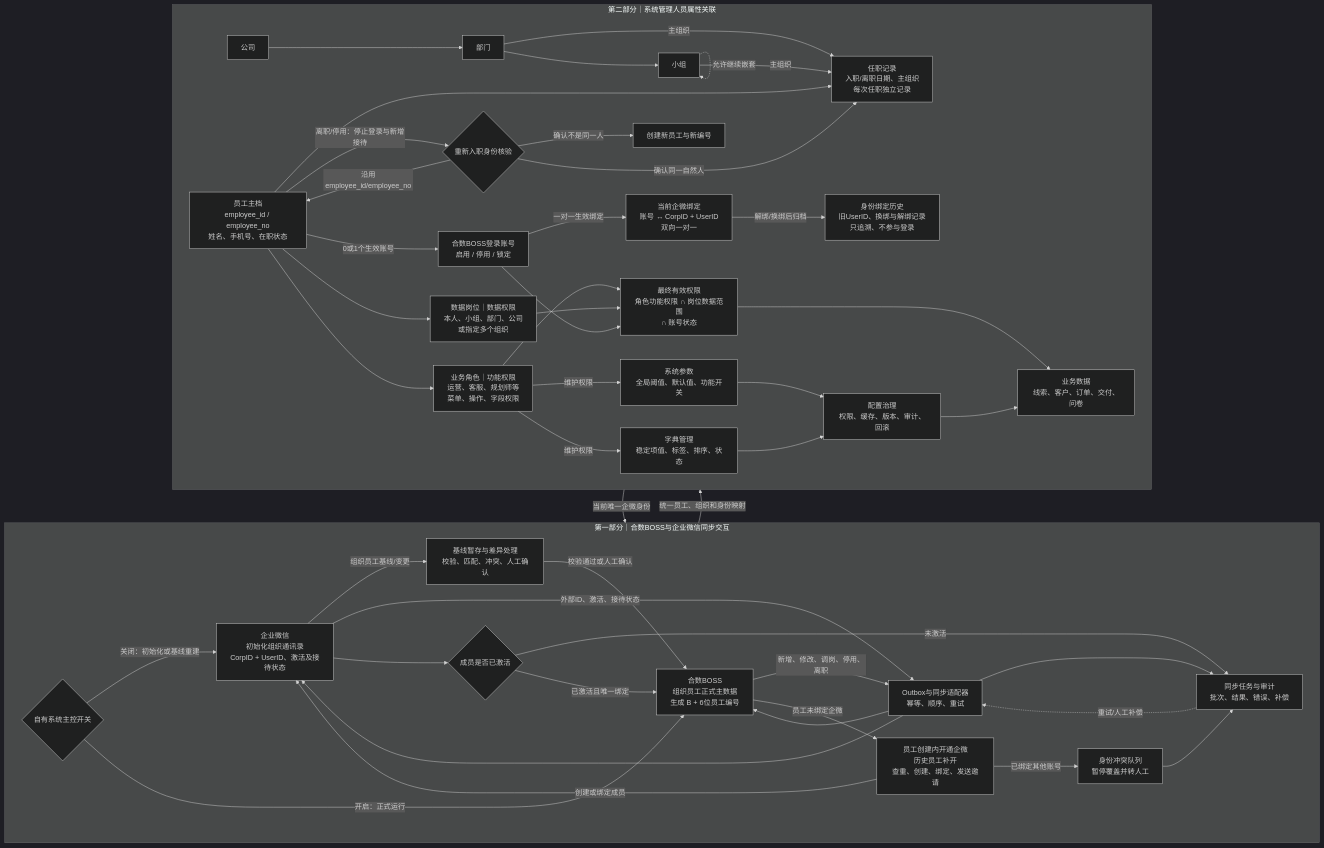
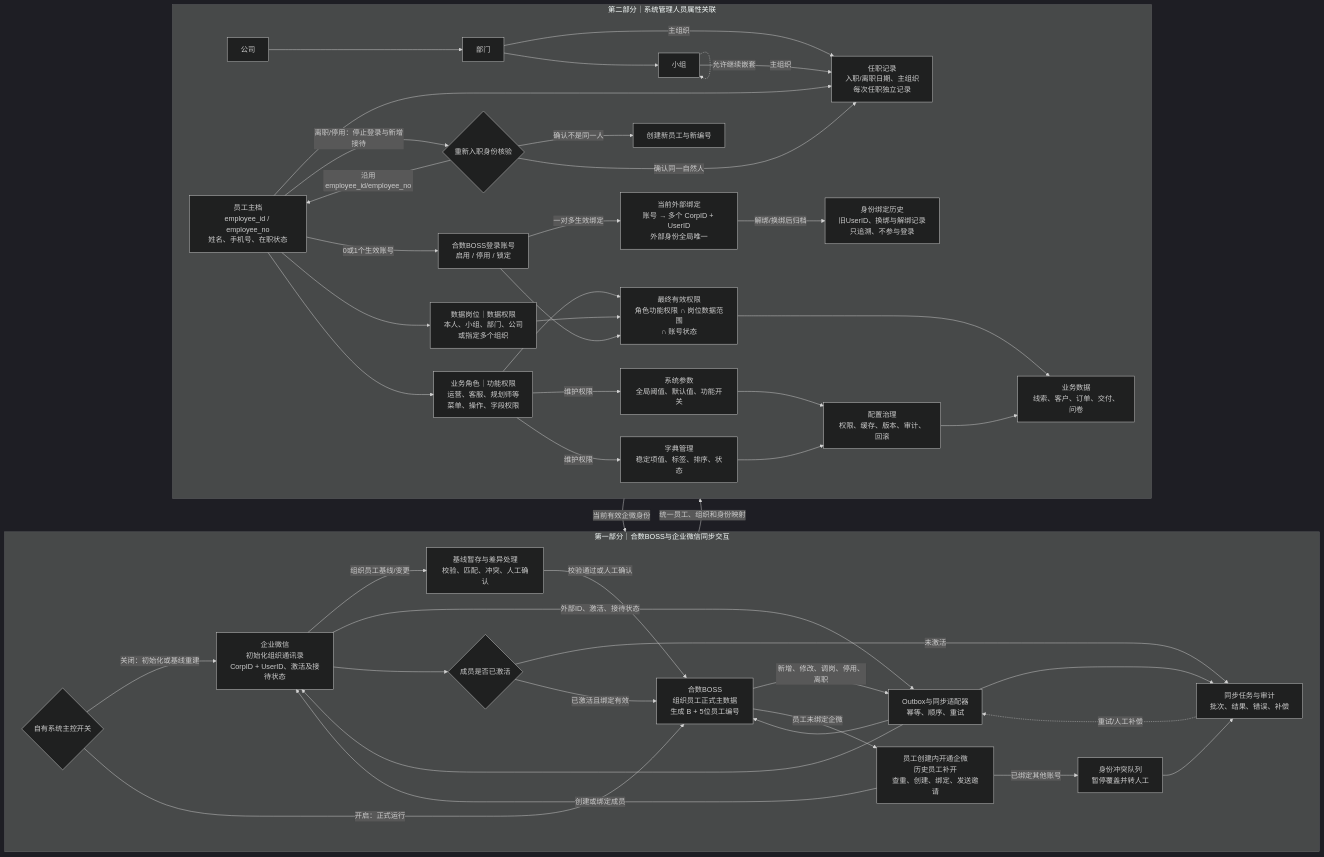
The second of 4 diagrams in docs/authoritative/合数BOSS V1.0系统管理与业务配置需求文档.md (freya-pr/heshu-boss-demo), drawn with Mermaid (dark theme) before and after one commit. The commit also changed other lines of this file and 32 other files, not shown here.

````diff
--- a/docs/authoritative/合数BOSS V1.0系统管理与业务配置需求文档.md
+++ b/docs/authoritative/合数BOSS V1.0系统管理与业务配置需求文档.md
@@ -99,77 +103,77 @@
 ```mermaid
 flowchart TB
     subgraph SYNC_AREA["第一部分｜合数BOSS与企业微信同步交互"]
         direction LR
         WECOM["企业微信<br/>初始化组织通讯录<br/>CorpID + UserID、激活及接待状态"]
         SWITCH{"自有系统主控开关"}
         STAGE["基线暂存与差异处理<br/>校验、匹配、冲突、人工确认"]
-        BOSS["合数BOSS<br/>组织员工正式主数据<br/>生成 B + 6位员工编号"]
+        BOSS["合数BOSS<br/>组织员工正式主数据<br/>生成 B + 5位员工编号"]
         OUTBOX["Outbox与同步适配器<br/>幂等、顺序、重试"]
         PROVISION["员工创建内开通企微<br/>历史员工补开<br/>查重、创建、绑定、发送邀请"]
         ACTIVE{"成员是否已激活"}
         CONFLICT["身份冲突队列<br/>暂停覆盖并转人工"]
         AUDIT["同步任务与审计<br/>批次、结果、错误、补偿"]
 
         SWITCH -->|"关闭：初始化或基线重建"| WECOM
         WECOM -->|"组织员工基线/变更"| STAGE
         STAGE -->|"校验通过或人工确认"| BOSS
         SWITCH -->|"开启：正式运行"| BOSS
         BOSS -->|"新增、修改、调岗、停用、离职"| OUTBOX
         OUTBOX --> WECOM
         WECOM -->|"外部ID、激活、接待状态"| OUTBOX
         OUTBOX --> BOSS
         BOSS -->|"员工未绑定企微"| PROVISION
         PROVISION -->|"已绑定其他账号"| CONFLICT
         PROVISION -->|"创建或绑定成员"| WECOM
         WECOM --> ACTIVE
         ACTIVE -->|"未激活"| AUDIT
-        ACTIVE -->|"已激活且唯一绑定"| BOSS
+        ACTIVE -->|"已激活且绑定有效"| BOSS
         OUTBOX --> AUDIT
         CONFLICT --> AUDIT
         AUDIT -. "重试/人工补偿" .-> OUTBOX
     end
 
     subgraph PERSON_AREA["第二部分｜系统管理人员属性关联"]
         direction LR
         COMPANY["公司"] --> DEPT["部门"] --> GROUP["小组"]
         GROUP -. "允许继续嵌套" .-> GROUP
         EMP["员工主档<br/>employee_id / employee_no<br/>姓名、手机号、在职状态"]
         EMPLOYMENT["任职记录<br/>入职/离职日期、主组织<br/>每次任职独立记录"]
         ACCOUNT["合数BOSS登录账号<br/>启用 / 停用 / 锁定"]
-        IDENTITY["当前企微绑定<br/>账号 ↔ CorpID + UserID<br/>双向一对一"]
+        IDENTITY["当前外部绑定<br/>账号 → 多个 CorpID + UserID<br/>外部身份全局唯一"]
         IDENTITY_HISTORY["身份绑定历史<br/>旧UserID、换绑与解绑记录<br/>只追溯、不参与登录"]
         ROLE["业务角色｜功能权限<br/>运营、客服、规划师等<br/>菜单、操作、字段权限"]
         POSITION["数据岗位｜数据权限<br/>本人、小组、部门、公司<br/>或指定多个组织"]
         EFFECTIVE["最终有效权限<br/>角色功能权限 ∩ 岗位数据范围<br/>∩ 账号状态"]
         BUSINESS["业务数据<br/>线索、客户、订单、交付、问卷"]
         REHIRE{"重新入职身份核验"}
         PARAM["系统参数<br/>全局阈值、默认值、功能开关"]
         DICT["字典管理<br/>稳定项值、标签、排序、状态"]
         CFG["配置治理<br/>权限、缓存、版本、审计、回滚"]
 
         DEPT -->|"主组织"| EMPLOYMENT
         GROUP -->|"主组织"| EMPLOYMENT
         EMP --> EMPLOYMENT
         EMP -->|"0或1个生效账号"| ACCOUNT
-        ACCOUNT -->|"一对一生效绑定"| IDENTITY
+        ACCOUNT -->|"一对多生效绑定"| IDENTITY
         IDENTITY -->|"解绑/换绑后归档"| IDENTITY_HISTORY
         EMP --> ROLE
         EMP --> POSITION
         ROLE --> EFFECTIVE
         POSITION --> EFFECTIVE
         ACCOUNT --> EFFECTIVE
         EFFECTIVE --> BUSINESS
         EMP -->|"离职/停用：停止登录与新增接待"| REHIRE
         REHIRE -->|"确认同一自然人"| EMPLOYMENT
         REHIRE -->|"沿用employee_id/employee_no"| EMP
         REHIRE -->|"确认不是同一人"| NEWEMP["创建新员工与新编号"]
         ROLE -->|"维护权限"| PARAM
         ROLE -->|"维护权限"| DICT
         PARAM --> CFG
         DICT --> CFG
         CFG --> BUSINESS
     end
 
     BOSS -->|"统一员工、组织和身份映射"| EMP
-    IDENTITY -->|"当前唯一企微身份"| WECOM
+    IDENTITY -->|"当前有效企微身份"| WECOM
 ```
````
